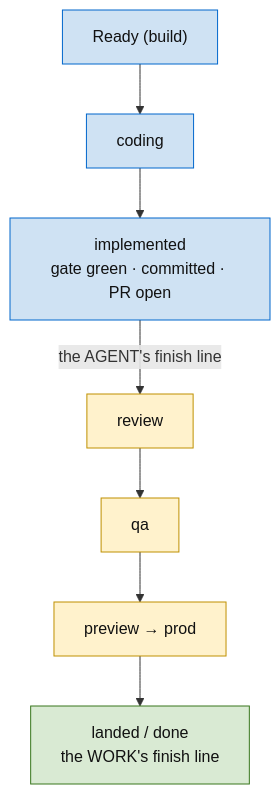
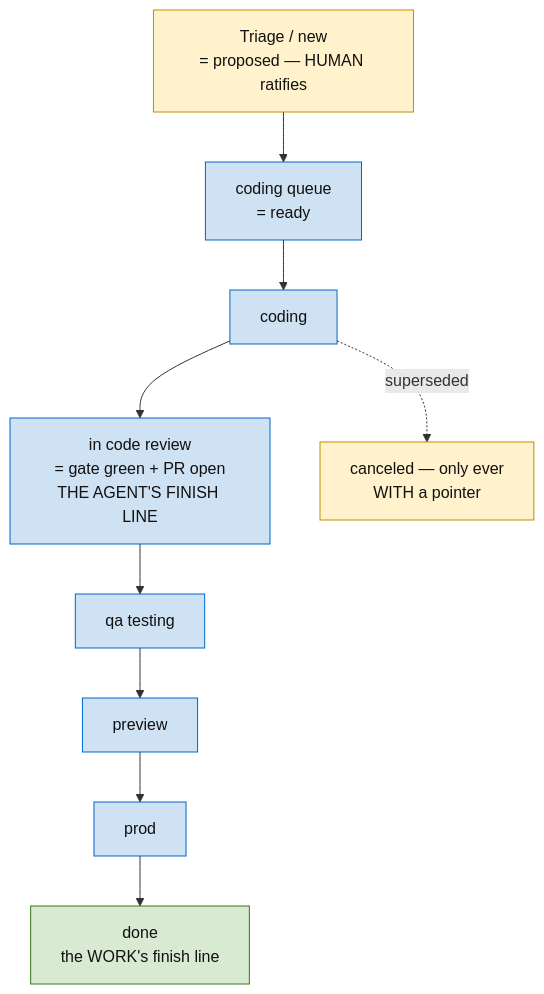
One commit to hypermemetic-ai/skills changed the second of 2 diagrams in skills/methodology/SKILL.md. Above: the diagram before and after it, drawn with Mermaid. The commit also changed other lines of this file and 53 other files, not shown here.

````diff
--- a/skills/methodology/SKILL.md
+++ b/skills/methodology/SKILL.md
@@ -91,15 +52,13 @@
 ```mermaid
 graph TD
-  R["Ready (build)"] --> C["coding"]
-  C --> IMPL["implemented<br/>gate green · committed · PR open"]
-  IMPL -->|"the AGENT's finish line"| REV["review"]
-  REV --> QA["qa"]
-  QA --> PIPE["preview → prod"]
-  PIPE --> LANDED["landed / done<br/>the WORK's finish line"]
+  T["Triage / new<br/>= proposed — HUMAN ratifies"] --> CQ["coding queue<br/>= ready"]
+  CQ --> C["coding"]
+  C --> ICR["in code review<br/>= gate green + PR open<br/>THE AGENT'S FINISH LINE"]
+  ICR --> QA["qa testing"] --> PV["preview"] --> PR["prod"] --> D["done<br/>the WORK's finish line"]
+  C -.->|"superseded"| X["canceled — only ever<br/>WITH a pointer"]
   classDef a fill:#cfe2f3,stroke:#0066cc,color:#111;
-  classDef p fill:#fff2cc,stroke:#bf9000,color:#111;
+  classDef h fill:#fff2cc,stroke:#bf9000,color:#111;
   classDef d fill:#d9ead3,stroke:#38761d,color:#111;
-  class R,C,IMPL a;
-  class REV,QA,PIPE p;
-  class LANDED d;
+  classDef x fill:#f4cccc,stroke:#cc0000,color:#111;
+  class T,X h; class CQ,C,ICR a; class QA,PV,PR a; class D d;
 ```
````
